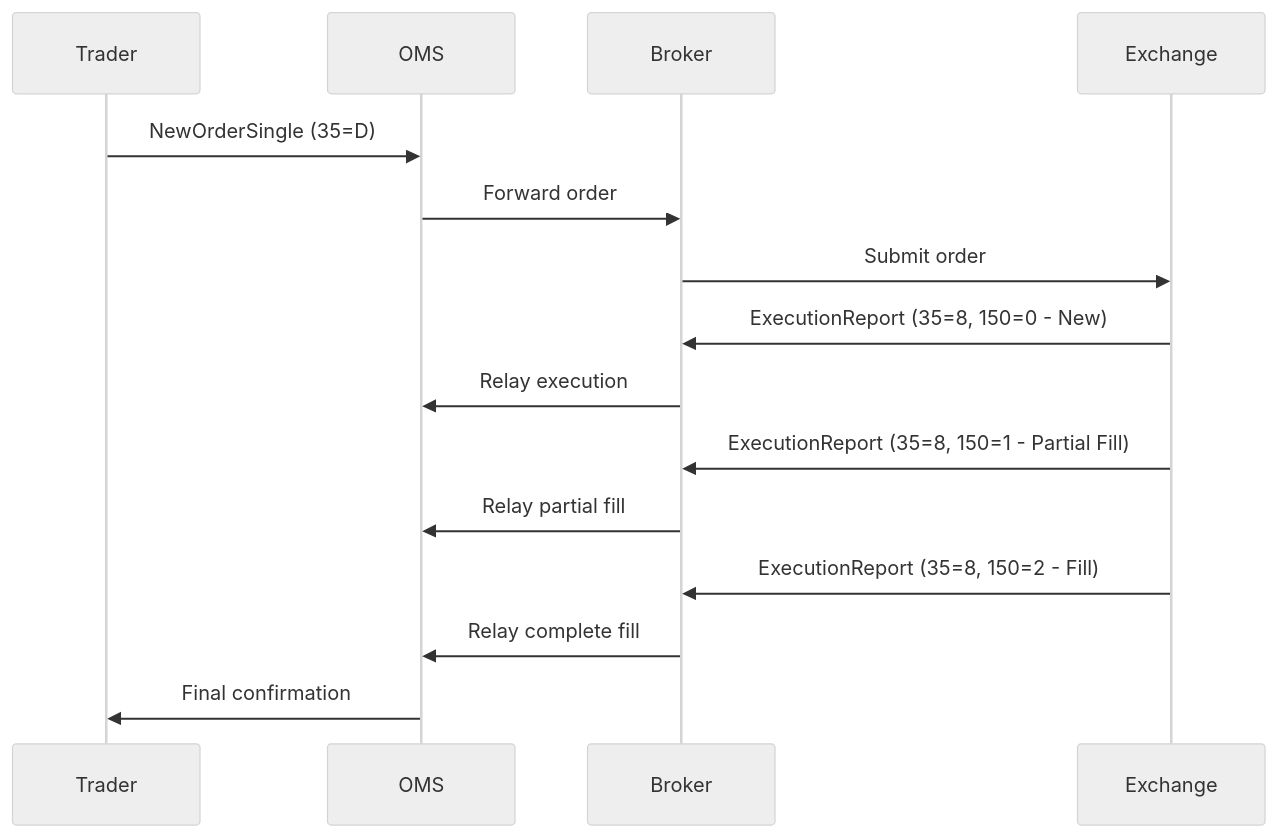
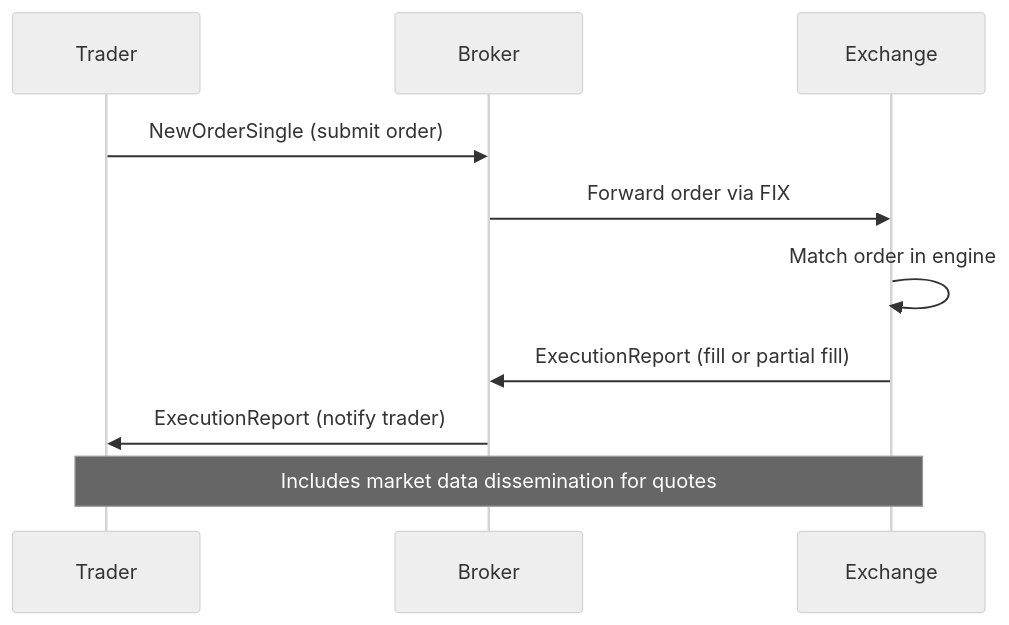
The diagram in trading/protocols/fix-protocol/README.md (VrushankPatel/interview-matters), drawn with Mermaid (neutral theme) before and after one commit. The commit also changed other lines of this file and 15 other files, not shown here.

````diff
--- a/trading/protocols/fix-protocol/README.md
+++ b/trading/protocols/fix-protocol/README.md
@@ -74,18 +69,12 @@
 ```mermaid
 sequenceDiagram
     participant Trader
-    participant OMS
     participant Broker
     participant Exchange
-
-    Trader->>OMS: NewOrderSingle (35=D)
-    OMS->>Broker: Forward order
-    Broker->>Exchange: Submit order
-    Exchange->>Broker: ExecutionReport (35=8, 150=0 - New)
-    Broker->>OMS: Relay execution
-    Exchange->>Broker: ExecutionReport (35=8, 150=1 - Partial Fill)
-    Broker->>OMS: Relay partial fill
-    Exchange->>Broker: ExecutionReport (35=8, 150=2 - Fill)
-    Broker->>OMS: Relay complete fill
-    OMS->>Trader: Final confirmation
+    Trader->>Broker: NewOrderSingle (submit order)
+    Broker->>Exchange: Forward order via FIX
+    Exchange->>Exchange: Match order in engine
+    Exchange->>Broker: ExecutionReport (fill or partial fill)
+    Broker->>Trader: ExecutionReport (notify trader)
+    Note over Trader,Exchange: Includes market data dissemination for quotes
 ```
````
